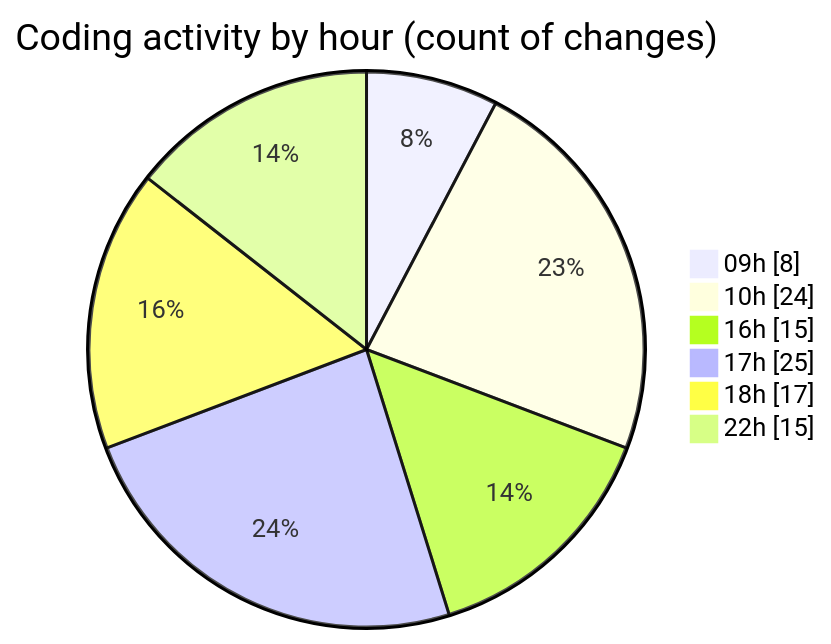
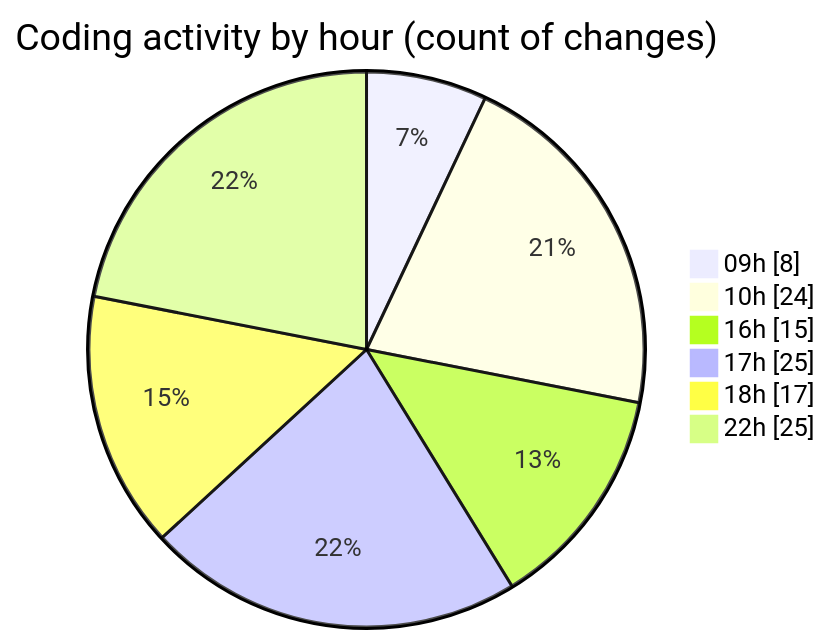
Before and after one commit to julien-gomy/code-tracking: the second of 2 diagrams in 2025-10-09/eventscop-frontend-guide__workspace_/README.md, drawn with Mermaid. The commit also changed other lines of this file and 1 other file, not shown here.

````diff
--- a/2025-10-09/eventscop-frontend-guide__workspace_/README.md
+++ b/2025-10-09/eventscop-frontend-guide__workspace_/README.md
@@ -66,10 +68,10 @@
 ```mermaid
 pie showData
 title Coding activity by hour (count of changes)
 "09h" : 8
 "10h" : 24
 "16h" : 15
 "17h" : 25
 "18h" : 17
-"22h" : 15
+"22h" : 25
 ```
````
